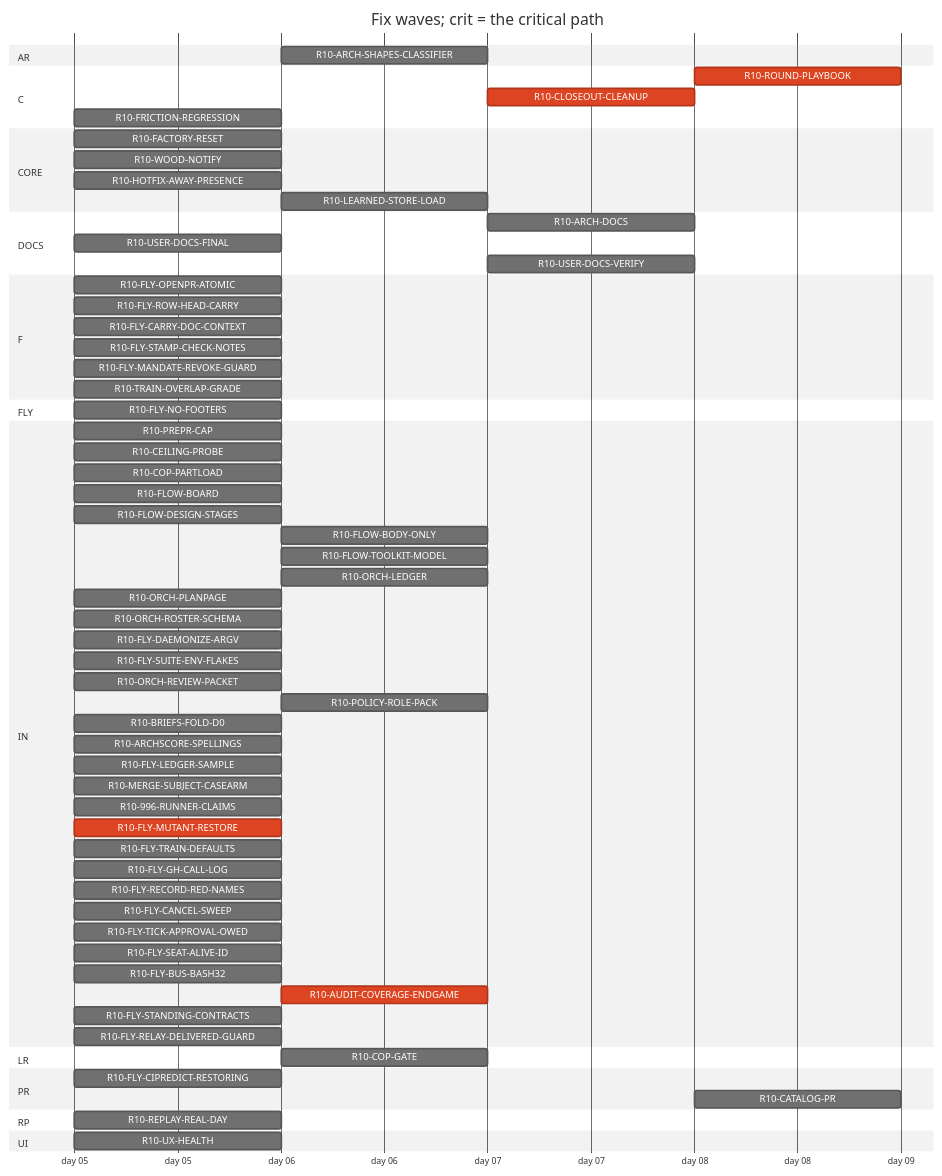
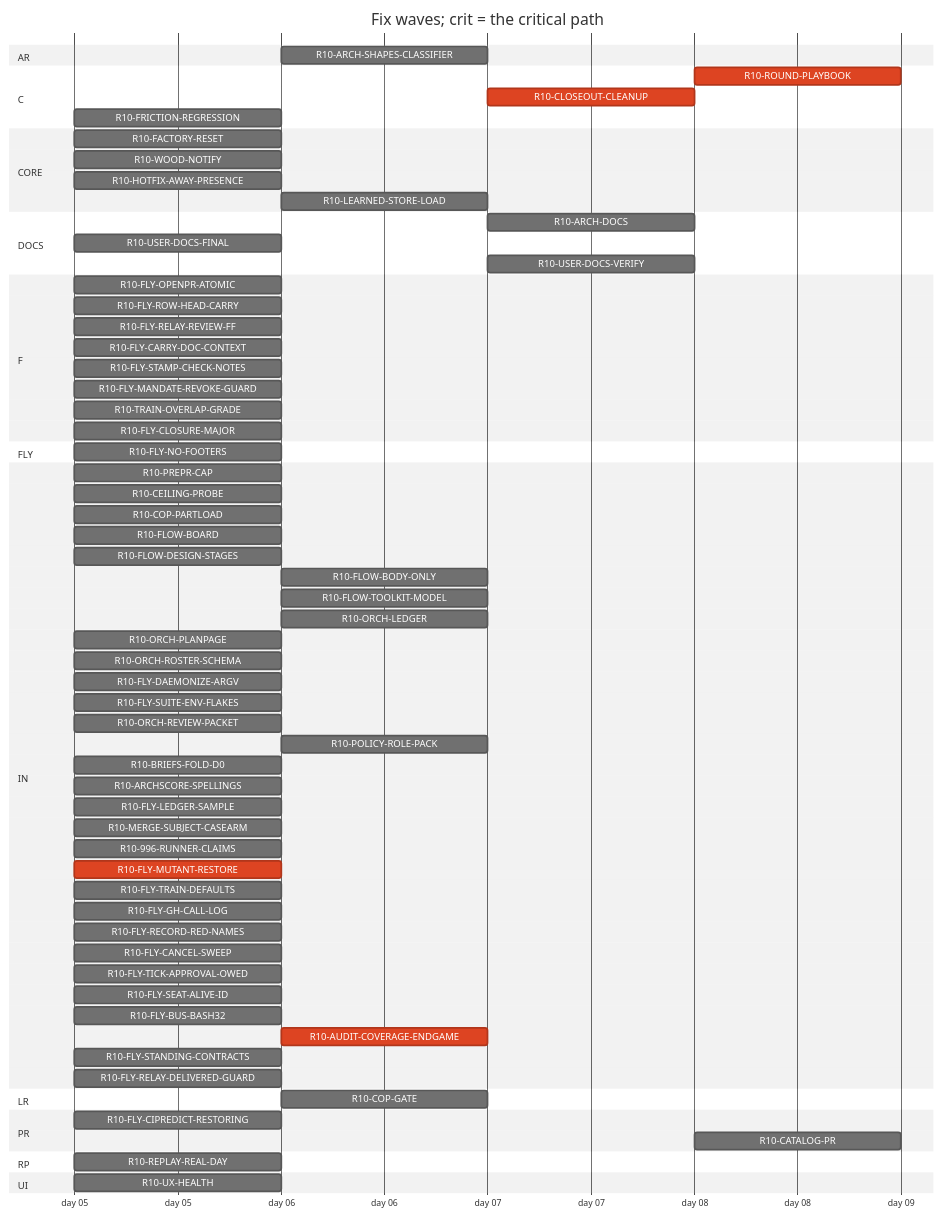
Before and after one commit to tvofi/heatpump_optimizer: the diagram in handoff/round10/state/PLAN-TABLE.md, drawn with Mermaid (neutral theme). The commit also changed other lines of this file and 3 other files, not shown here.

Commit message:
state: FLOW-BOARD.md, NEXT-SESSION-PROMPT.md, PLAN-TABLE.md, RESUME-CURRENT.md regenerated (state_docs.py)

````diff
--- a/handoff/round10/state/PLAN-TABLE.md
+++ b/handoff/round10/state/PLAN-TABLE.md
@@ -24,70 +24,72 @@
 ```mermaid
 gantt
   title Fix waves; crit = the critical path
   dateFormat YYYY-MM-DD
   axisFormat day %d
   section AR
     R10-ARCH-SHAPES-CLASSIFIER :r10ARCHSHAPESCLASSIFIER, after r10996RUNNERCLAIMS, 1d
   section C
-    R10-ROUND-PLAYBOOK :crit, r10ROUNDPLAYBOOK, after r10ORCHLEDGER r10ORCHPLANPAGE r10FLOWBODYONLY r10AUDITCOVERAGEENDGAME r10FLOWDESIGNSTAGES r10ORCHROSTERSCHEMA r10FLOWTOOLKITMODEL r10TRAINOVERLAPGRADE r10FLYTRAINDEFAULTS r10FLYCANCELSWEEP r10POLICYROLEPACK r10ORCHREVIEWPACKET r10FLOWBOARD r10CLOSEOUTCLEANUP, 1d
+    R10-ROUND-PLAYBOOK :crit, r10ROUNDPLAYBOOK, after r10ORCHLEDGER r10ORCHPLANPAGE r10FLYRELAYREVIEWFF r10FLOWBODYONLY r10AUDITCOVERAGEENDGAME r10FLOWDESIGNSTAGES r10ORCHROSTERSCHEMA r10FLOWTOOLKITMODEL r10TRAINOVERLAPGRADE r10FLYTRAINDEFAULTS r10FLYCANCELSWEEP r10POLICYROLEPACK r10ORCHREVIEWPACKET r10FLOWBOARD r10CLOSEOUTCLEANUP, 1d
     R10-CLOSEOUT-CLEANUP :crit, r10CLOSEOUTCLEANUP, after r10AUDITCOVERAGEENDGAME, 1d
     R10-FRICTION-REGRESSION :r10FRICTIONREGRESSION, 2026-01-05, 1d
   section CORE
     R10-FACTORY-RESET :r10FACTORYRESET, 2026-01-05, 1d
     R10-WOOD-NOTIFY :r10WOODNOTIFY, 2026-01-05, 1d
     R10-HOTFIX-AWAY-PRESENCE :r10HOTFIXAWAYPRESENCE, 2026-01-05, 1d
     R10-LEARNED-STORE-LOAD :r10LEARNEDSTORELOAD, after r10FACTORYRESET, 1d
   section DOCS
-    R10-ARCH-DOCS :r10ARCHDOCS, after r10COPGATE r10UXHEALTH r10CEILINGPROBE r10COPPARTLOAD r10FLOWBOARD r10FLOWDESIGNSTAGES r10FLOWBODYONLY r10FLYOPENPRATOMIC r10FLYROWHEADCARRY r10FLYCARRYDOCCONTEXT r10FLOWTOOLKITMODEL r10FLYSTAMPCHECKNOTES r10FLYMANDATEREVOKEGUARD r10TRAINOVERLAPGRADE r10FLYSUITEENVFLAKES r10ORCHLEDGER r10ORCHPLANPAGE r10ORCHROSTERSCHEMA r10FLYDAEMONIZEARGV r10ORCHREVIEWPACKET r10POLICYROLEPACK r10BRIEFSFOLDD0 r10REPLAYREALDAY r10ARCHSCORESPELLINGS r10FLYLEDGERSAMPLE, 1d
+    R10-ARCH-DOCS :r10ARCHDOCS, after r10COPGATE r10UXHEALTH r10CEILINGPROBE r10COPPARTLOAD r10FLOWBOARD r10FLOWDESIGNSTAGES r10FLOWBODYONLY r10FLYOPENPRATOMIC r10FLYROWHEADCARRY r10FLYRELAYREVIEWFF r10FLYCARRYDOCCONTEXT r10FLOWTOOLKITMODEL r10FLYSTAMPCHECKNOTES r10FLYMANDATEREVOKEGUARD r10TRAINOVERLAPGRADE r10FLYSUITEENVFLAKES r10ORCHLEDGER r10ORCHPLANPAGE r10ORCHROSTERSCHEMA r10FLYDAEMONIZEARGV r10ORCHREVIEWPACKET r10POLICYROLEPACK r10BRIEFSFOLDD0 r10REPLAYREALDAY r10ARCHSCORESPELLINGS r10FLYLEDGERSAMPLE, 1d
     R10-USER-DOCS-FINAL :r10USERDOCSFINAL, 2026-01-05, 1d
     R10-USER-DOCS-VERIFY :r10USERDOCSVERIFY, after r10COPGATE r10UXHEALTH r10CEILINGPROBE r10COPPARTLOAD r10FACTORYRESET r10WOODNOTIFY r10USERDOCSFINAL r10ARCHSHAPESCLASSIFIER r10HOTFIXAWAYPRESENCE, 1d
   section F
     R10-FLY-OPENPR-ATOMIC :r10FLYOPENPRATOMIC, 2026-01-05, 1d
     R10-FLY-ROW-HEAD-CARRY :r10FLYROWHEADCARRY, 2026-01-05, 1d
+    R10-FLY-RELAY-REVIEW-FF :r10FLYRELAYREVIEWFF, 2026-01-05, 1d
     R10-FLY-CARRY-DOC-CONTEXT :r10FLYCARRYDOCCONTEXT, 2026-01-05, 1d
     R10-FLY-STAMP-CHECK-NOTES :r10FLYSTAMPCHECKNOTES, 2026-01-05, 1d
     R10-FLY-MANDATE-REVOKE-GUARD :r10FLYMANDATEREVOKEGUARD, 2026-01-05, 1d
     R10-TRAIN-OVERLAP-GRADE :r10TRAINOVERLAPGRADE, 2026-01-05, 1d
+    R10-FLY-CLOSURE-MAJOR :r10FLYCLOSUREMAJOR, 2026-01-05, 1d
   section FLY
     R10-FLY-NO-FOOTERS :r10FLYNOFOOTERS, 2026-01-05, 1d
   section IN
     R10-PREPR-CAP :r10PREPRCAP, 2026-01-05, 1d
     R10-CEILING-PROBE :r10CEILINGPROBE, 2026-01-05, 1d
     R10-COP-PARTLOAD :r10COPPARTLOAD, 2026-01-05, 1d
     R10-FLOW-BOARD :r10FLOWBOARD, 2026-01-05, 1d
     R10-FLOW-DESIGN-STAGES :r10FLOWDESIGNSTAGES, 2026-01-05, 1d
     R10-FLOW-BODY-ONLY :r10FLOWBODYONLY, after r10FLYOPENPRATOMIC, 1d
     R10-FLOW-TOOLKIT-MODEL :r10FLOWTOOLKITMODEL, after r10ORCHPLANPAGE r10FLYCANCELSWEEP, 1d
     R10-ORCH-LEDGER :r10ORCHLEDGER, after r10FLYCANCELSWEEP, 1d
     R10-ORCH-PLANPAGE :r10ORCHPLANPAGE, 2026-01-05, 1d
     R10-ORCH-ROSTER-SCHEMA :r10ORCHROSTERSCHEMA, 2026-01-05, 1d
     R10-FLY-DAEMONIZE-ARGV :r10FLYDAEMONIZEARGV, 2026-01-05, 1d
     R10-FLY-SUITE-ENV-FLAKES :r10FLYSUITEENVFLAKES, 2026-01-05, 1d
     R10-ORCH-REVIEW-PACKET :r10ORCHREVIEWPACKET, 2026-01-05, 1d
     R10-POLICY-ROLE-PACK :r10POLICYROLEPACK, after r10FLOWDESIGNSTAGES, 1d
     R10-BRIEFS-FOLD-D0 :r10BRIEFSFOLDD0, 2026-01-05, 1d
     R10-ARCHSCORE-SPELLINGS :r10ARCHSCORESPELLINGS, 2026-01-05, 1d
     R10-FLY-LEDGER-SAMPLE :r10FLYLEDGERSAMPLE, 2026-01-05, 1d
     R10-MERGE-SUBJECT-CASEARM :r10MERGESUBJECTCASEARM, 2026-01-05, 1d
     R10-996-RUNNER-CLAIMS :r10996RUNNERCLAIMS, 2026-01-05, 1d
     R10-FLY-MUTANT-RESTORE :crit, r10FLYMUTANTRESTORE, 2026-01-05, 1d
     R10-FLY-TRAIN-DEFAULTS :r10FLYTRAINDEFAULTS, 2026-01-05, 1d
     R10-FLY-GH-CALL-LOG :r10FLYGHCALLLOG, 2026-01-05, 1d
     R10-FLY-RECORD-RED-NAMES :r10FLYRECORDREDNAMES, 2026-01-05, 1d
     R10-FLY-CANCEL-SWEEP :r10FLYCANCELSWEEP, 2026-01-05, 1d
     R10-FLY-TICK-APPROVAL-OWED :r10FLYTICKAPPROVALOWED, 2026-01-05, 1d
     R10-FLY-SEAT-ALIVE-ID :r10FLYSEATALIVEID, 2026-01-05, 1d
     R10-FLY-BUS-BASH32 :r10FLYBUSBASH32, 2026-01-05, 1d
     R10-AUDIT-COVERAGE-ENDGAME :crit, r10AUDITCOVERAGEENDGAME, after r10FLYMUTANTRESTORE r10996RUNNERCLAIMS, 1d
     R10-FLY-STANDING-CONTRACTS :r10FLYSTANDINGCONTRACTS, 2026-01-05, 1d
     R10-FLY-RELAY-DELIVERED-GUARD :r10FLYRELAYDELIVEREDGUARD, 2026-01-05, 1d
   section LR
     R10-COP-GATE :r10COPGATE, after r10CEILINGPROBE, 1d
   section PR
     R10-FLY-CIPREDICT-RESTORING :r10FLYCIPREDICTRESTORING, 2026-01-05, 1d
     R10-CATALOG-PR :r10CATALOGPR, after r10USERDOCSVERIFY r10AUDITCOVERAGEENDGAME, 1d
   section RP
     R10-REPLAY-REAL-DAY :r10REPLAYREALDAY, 2026-01-05, 1d
   section UI
     R10-UX-HEALTH :r10UXHEALTH, 2026-01-05, 1d
 ```
````
